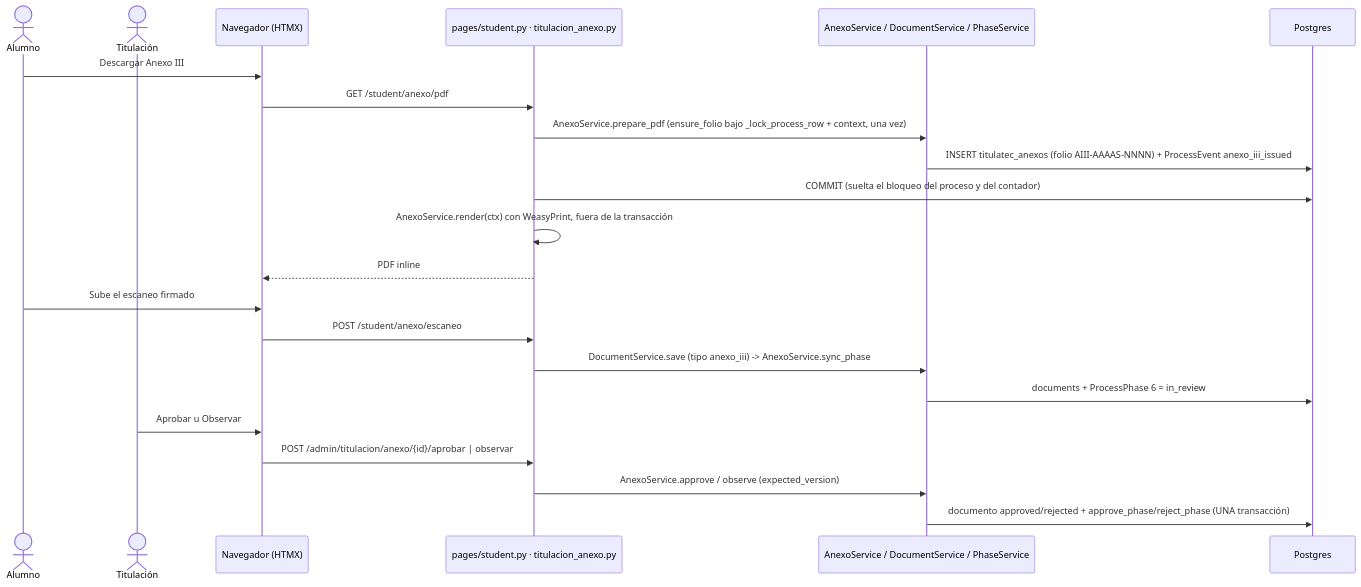
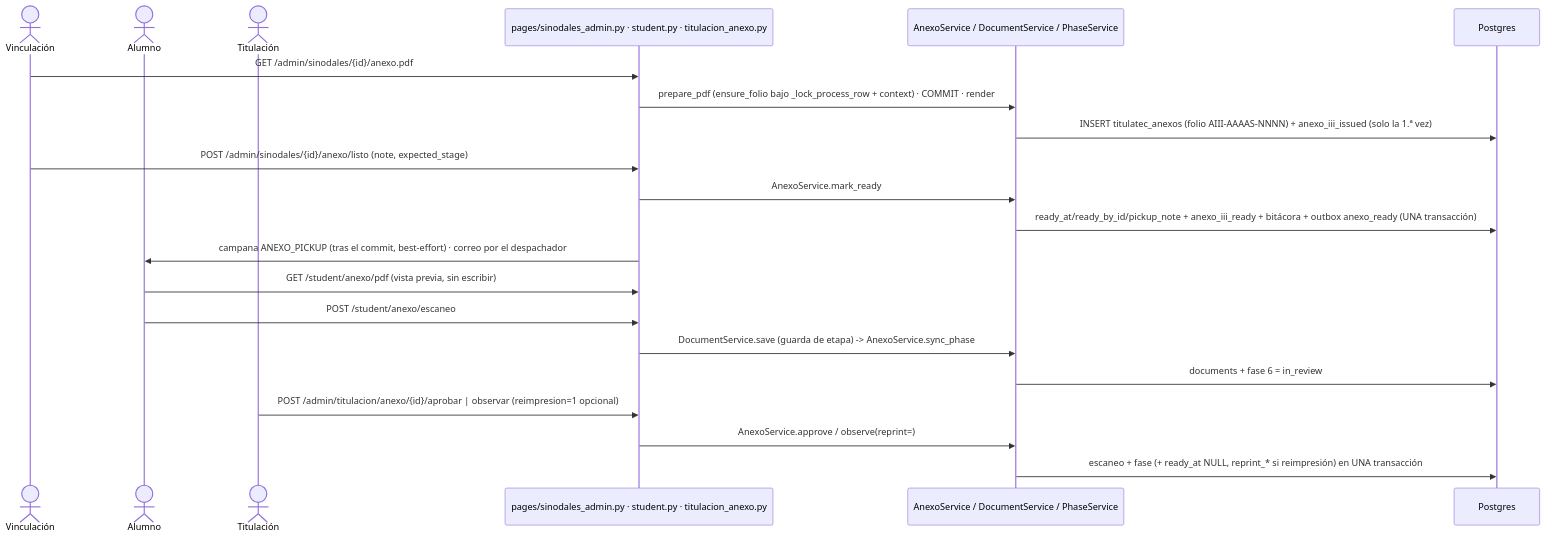
The second of 2 diagrams in itcj2/apps/titulatec/docs/flows/phase6_anexo_iii.md (Erne1357/itcj), drawn with Mermaid before and after one commit. The commit also changed other lines of this file and 4 other files, not shown here.

First line of the commit message:
docs(titulatec): flujo v2 del Anexo III preparado por vinculación

````diff
--- a/itcj2/apps/titulatec/docs/flows/phase6_anexo_iii.md
+++ b/itcj2/apps/titulatec/docs/flows/phase6_anexo_iii.md
@@ -23,24 +53,23 @@
 ```mermaid
 sequenceDiagram
+    actor V as Vinculación
     actor A as Alumno
     actor T as Titulación
-    participant FE as Navegador (HTMX)
-    participant API as pages/student.py · titulacion_anexo.py
+    participant API as pages/sinodales_admin.py · student.py · titulacion_anexo.py
     participant SVC as AnexoService / DocumentService / PhaseService
     participant DB as Postgres
-    A->>FE: Descargar Anexo III
-    FE->>API: GET /student/anexo/pdf
-    API->>SVC: AnexoService.prepare_pdf (ensure_folio bajo _lock_process_row + context, una vez)
-    SVC->>DB: INSERT titulatec_anexos (folio AIII-AAAAS-NNNN) + ProcessEvent anexo_iii_issued
-    API->>DB: COMMIT (suelta el bloqueo del proceso y del contador)
-    API->>API: AnexoService.render(ctx) con WeasyPrint, fuera de la transacción
-    API-->>FE: PDF inline
-    A->>FE: Sube el escaneo firmado
-    FE->>API: POST /student/anexo/escaneo
-    API->>SVC: DocumentService.save (tipo anexo_iii) -> AnexoService.sync_phase
-    SVC->>DB: documents + ProcessPhase 6 = in_review
-    T->>FE: Aprobar u Observar
-    FE->>API: POST /admin/titulacion/anexo/{id}/aprobar | observar
-    API->>SVC: AnexoService.approve / observe (expected_version)
-    SVC->>DB: documento approved/rejected + approve_phase/reject_phase (UNA transacción)
+    V->>API: GET /admin/sinodales/{id}/anexo.pdf
+    API->>SVC: prepare_pdf (ensure_folio bajo _lock_process_row + context) · COMMIT · render
+    SVC->>DB: INSERT titulatec_anexos (folio AIII-AAAAS-NNNN) + anexo_iii_issued (solo la 1.ª vez)
+    V->>API: POST /admin/sinodales/{id}/anexo/listo (note, expected_stage)
+    API->>SVC: AnexoService.mark_ready
+    SVC->>DB: ready_at/ready_by_id/pickup_note + anexo_iii_ready + bitácora + outbox anexo_ready (UNA transacción)
+    API->>A: campana ANEXO_PICKUP (tras el commit, best-effort) · correo por el despachador
+    A->>API: GET /student/anexo/pdf (vista previa, sin escribir)
+    A->>API: POST /student/anexo/escaneo
+    API->>SVC: DocumentService.save (guarda de etapa) -> AnexoService.sync_phase
+    SVC->>DB: documents + fase 6 = in_review
+    T->>API: POST /admin/titulacion/anexo/{id}/aprobar | observar (reimpresion=1 opcional)
+    API->>SVC: AnexoService.approve / observe(reprint=)
+    SVC->>DB: escaneo + fase (+ ready_at NULL, reprint_* si reimpresión) en UNA transacción
 ```
````
